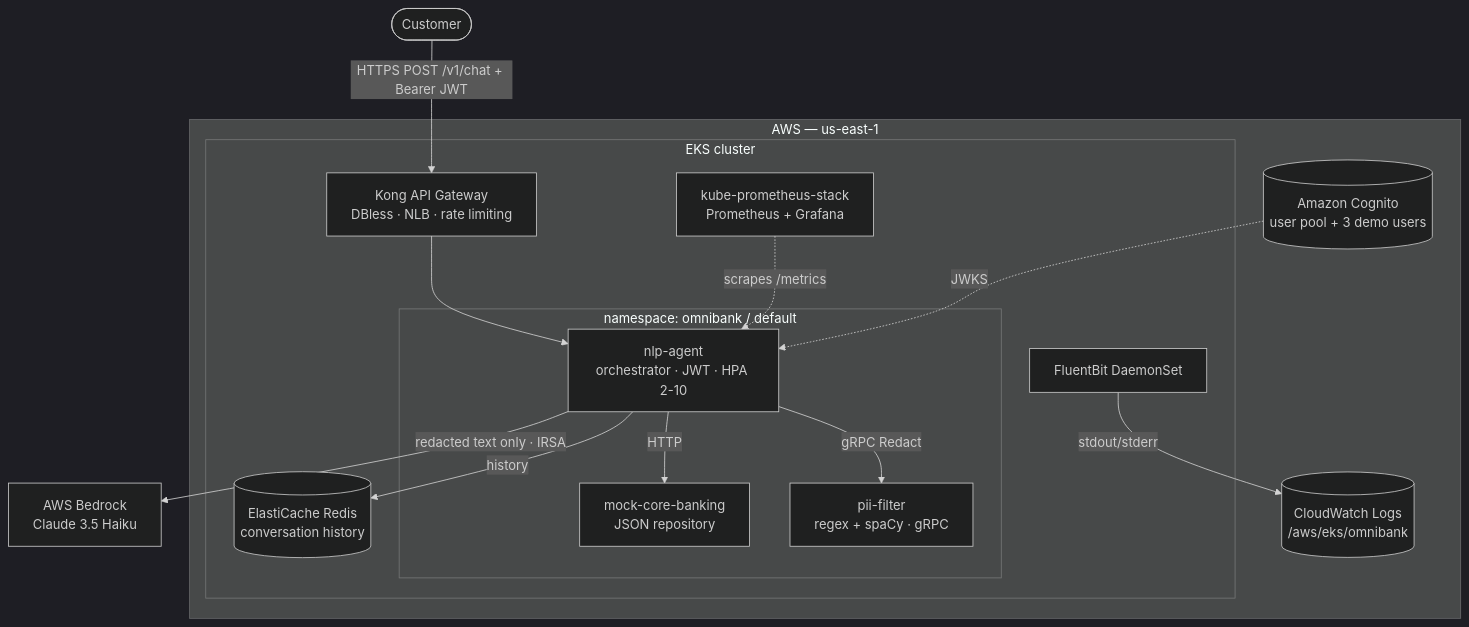
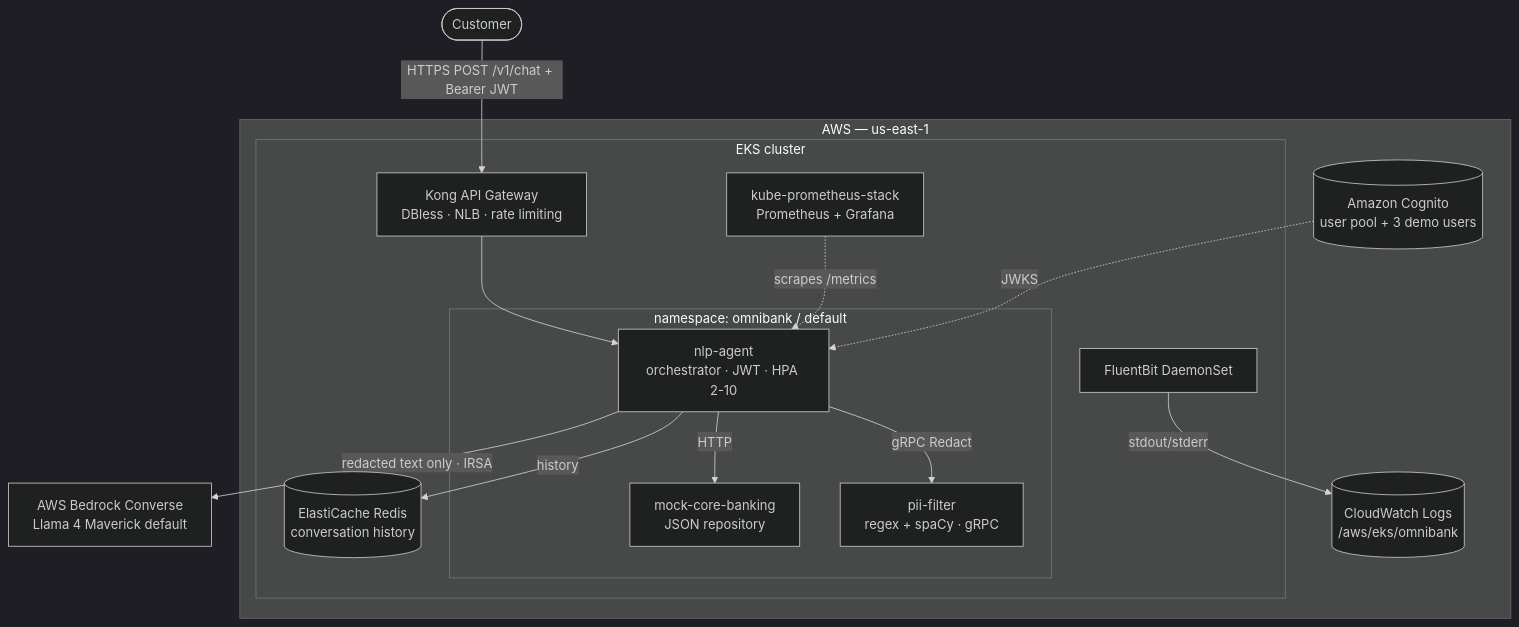
One commit to NorelyJ/omnibank-ai-grupo2-UN changed the diagram in docs/architecture.md. Above: the diagram before and after it, drawn with Mermaid (dark theme). The commit also changed other lines of this file and 1 other file, not shown here.

Commit message:
docs: agent uses Bedrock Converse (default Llama 4 Maverick, model-swappable)

````diff
--- a/docs/architecture.md
+++ b/docs/architecture.md
@@ -5,35 +5,35 @@
 ```mermaid
 flowchart TB
     user([Customer])
 
     subgraph aws["AWS — us-east-1"]
         cognito[(Amazon Cognito<br/>user pool + 3 demo users)]
         cw[(CloudWatch Logs<br/>/aws/eks/omnibank)]
 
         subgraph eks["EKS cluster"]
             kong[Kong API Gateway<br/>DBless · NLB · rate limiting]
 
             subgraph ns["namespace: omnibank / default"]
                 agent[nlp-agent<br/>orchestrator · JWT · HPA 2-10]
                 pii[pii-filter<br/>regex + spaCy · gRPC]
                 bank[mock-core-banking<br/>JSON repository]
             end
 
             redis[(ElastiCache Redis<br/>conversation history)]
             fluentbit[FluentBit DaemonSet]
             kps[kube-prometheus-stack<br/>Prometheus + Grafana]
         end
     end
 
-    bedrock[AWS Bedrock<br/>Claude 3.5 Haiku]
+    bedrock[AWS Bedrock Converse<br/>Llama 4 Maverick default]
 
     user -->|"HTTPS POST /v1/chat + Bearer JWT"| kong
     kong --> agent
     cognito -. JWKS .-> agent
     agent -->|gRPC Redact| pii
     agent -->|HTTP| bank
     agent -->|history| redis
     agent -->|"redacted text only · IRSA"| bedrock
     fluentbit -->|stdout/stderr| cw
     kps -. scrapes /metrics .-> agent
 ```
````
